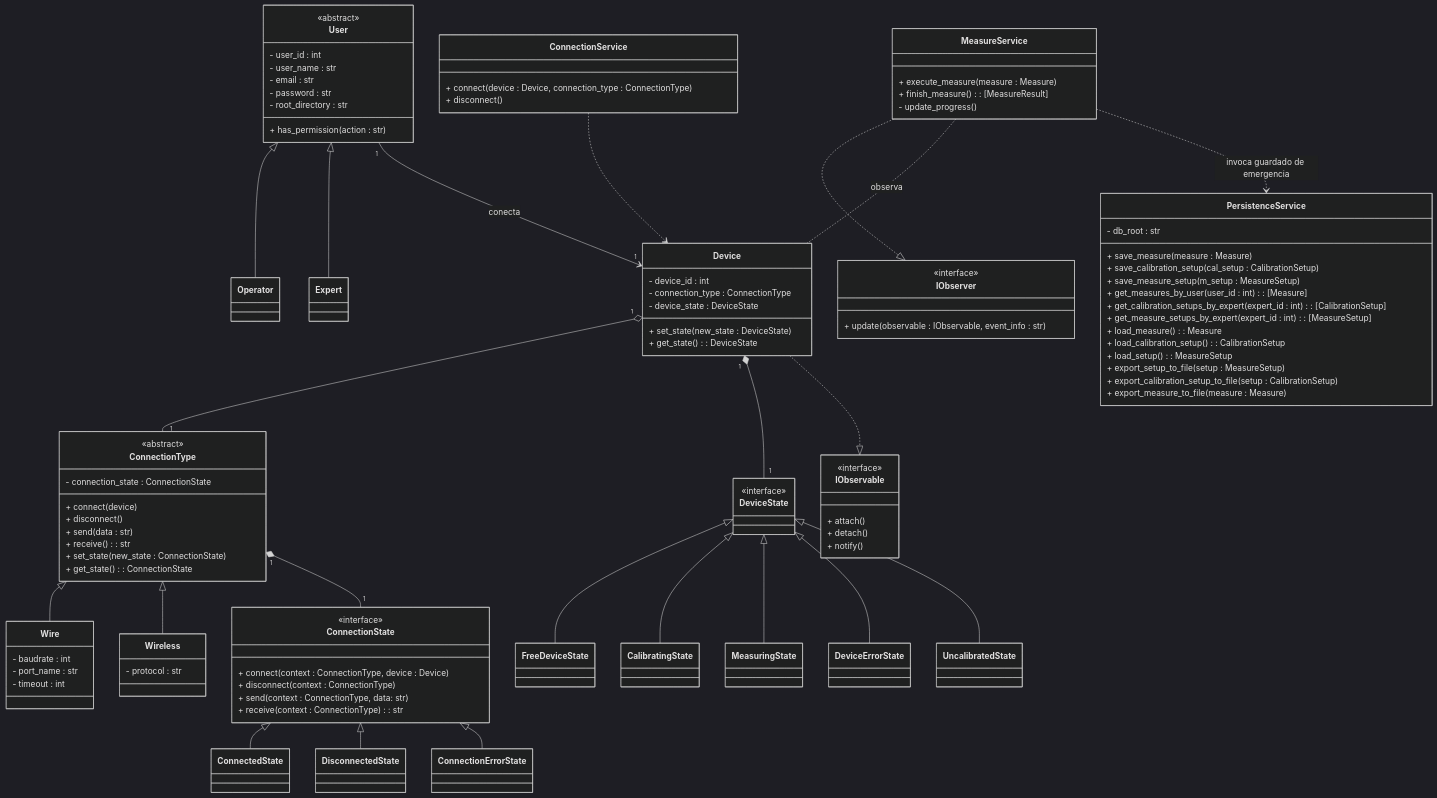
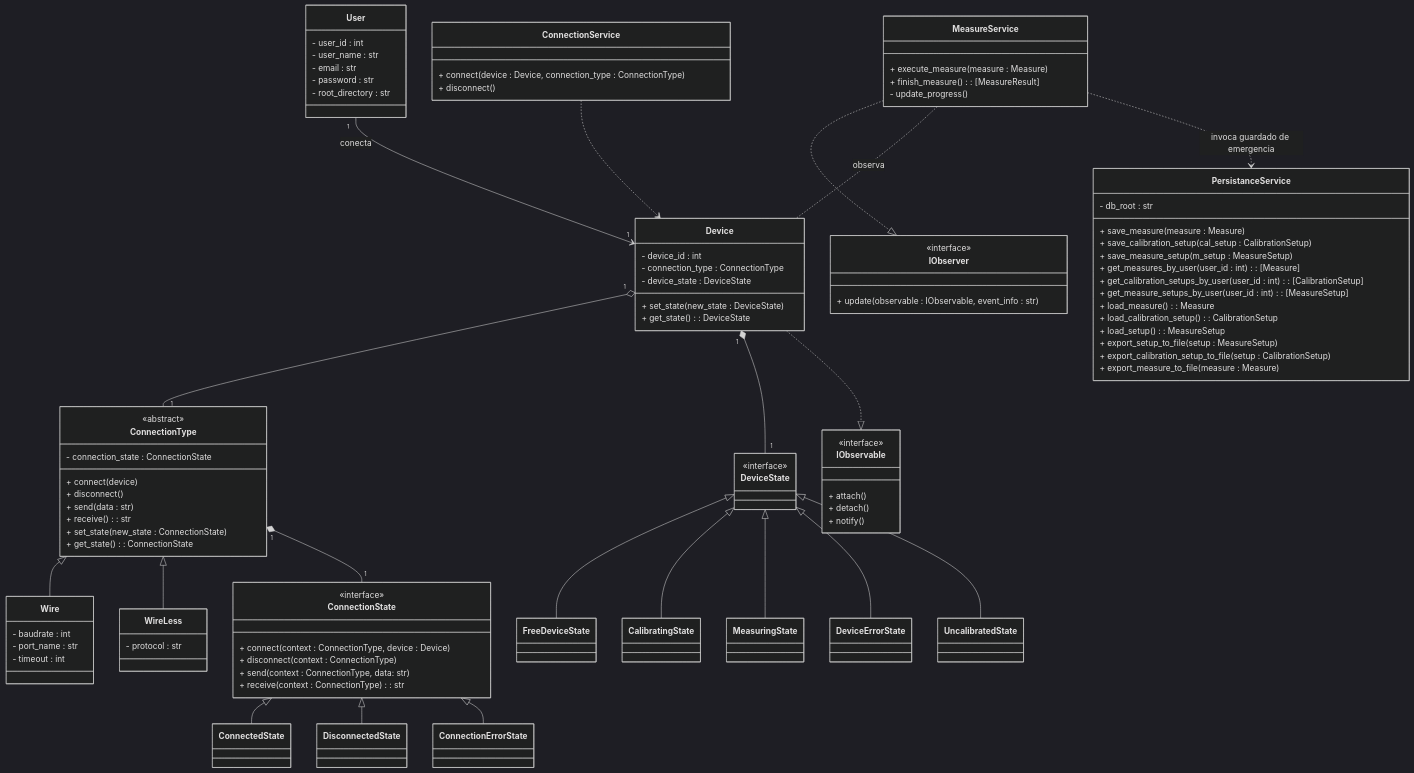
One commit to alegrelias/Repo-GMini changed diagram 13 of 22 in Gmini-MarkDown/Guanaco Mini.md. Above: the diagram before and after it, drawn with Mermaid (dark theme). The commit also changed other lines of this file, not shown here.

Commit message:
Se agregan diagramas de CU actualizados al documento

```diff
--- a/Gmini-MarkDown/Guanaco Mini.md
+++ b/Gmini-MarkDown/Guanaco Mini.md
@@ -1289,12 +1280,8 @@
 classDiagram
 
 %% jerarquias
-
-User <|-- Operator
-User <|-- Expert
-
 ConnectionType <|-- Wire
-ConnectionType <|-- Wireless
+ConnectionType <|-- WireLess
 
 DeviceState <|-- FreeDeviceState
 DeviceState <|-- CalibratingState
@@ -1323,24 +1310,17 @@
 	- port_name : str
 	- timeout : int
 }
-class Wireless{
+class WireLess{
 	- protocol : str
 }
 
 class User {
-	<<abstract>>
 	- user_id : int
 	- user_name : str
 	- email : str
 	- password : str
 	- root_directory : str
-	+ has_permission(action : str)
-}
-
-class Operator{
-
-}
-class Expert{
+	
 }
 
 class Device{
@@ -1351,7 +1331,7 @@
 	+ get_state() : DeviceState
 }
 
-%% state pattern
+%% state patern
 	
 class ConnectionState{
 		<<interface>>
@@ -1372,7 +1352,7 @@
 class MeasuringState
 class DeviceErrorState
 
-%% observer pattern
+%% observer patern
 class IObserver{
 	<<interface>>
 	+ update(observable : IObservable, event_info : str)
@@ -1391,7 +1371,7 @@
 	+ finish_measure() : [MeasureResult]
 	- update_progress()
 }
-class PersistenceService{
+class PersistanceService{
 	- db_root : str
 	  
 	%% operaciones en db
@@ -1399,8 +1379,8 @@
 	+ save_calibration_setup(cal_setup : CalibrationSetup)
 	+ save_measure_setup(m_setup : MeasureSetup)
 	+ get_measures_by_user(user_id : int) : [Measure]
-	+ get_calibration_setups_by_expert(expert_id : int) : [CalibrationSetup]
-	+ get_measure_setups_by_expert(expert_id : int) : [MeasureSetup]
+	+ get_calibration_setups_by_user(user_id : int) : [CalibrationSetup]
+	+ get_measure_setups_by_user(user_id : int) : [MeasureSetup]
 	  
 	%% operaciones en archivos
 	+ load_measure() : Measure
@@ -1426,7 +1406,7 @@
 
 MeasureService ..|> IObserver
 MeasureService .. Device : observa
-MeasureService ..> PersistenceService : invoca guardado de emergencia
+MeasureService ..> PersistanceService : invoca guardado de emergencia
 
 
 ConnectionService ..>  Device
```
